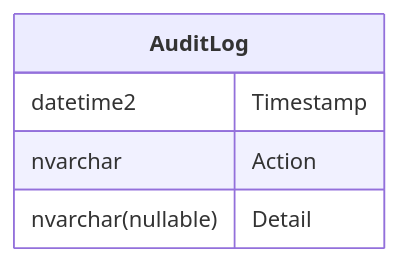
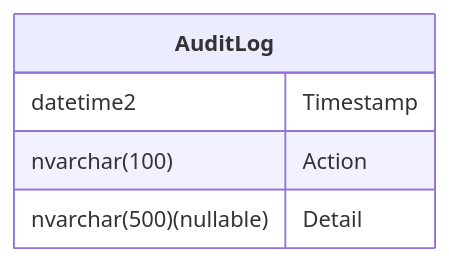
Before and after one commit to SimonCropp/DbToMermaid: the diagram in src/SqlServerToMermaid.Tests/Tests.RenderMarkdownFromScriptWithNoPrimaryKey.verified.md, drawn with Mermaid. The commit also changed 26 other files, not shown here.

````diff
--- a/src/SqlServerToMermaid.Tests/Tests.RenderMarkdownFromScriptWithNoPrimaryKey.verified.md
+++ b/src/SqlServerToMermaid.Tests/Tests.RenderMarkdownFromScriptWithNoPrimaryKey.verified.md
@@ -1,8 +1,8 @@
 ```mermaid
 erDiagram
   AuditLog["**AuditLog**"] {
     datetime2 Timestamp
-    nvarchar Action
-    nvarchar(nullable) Detail
+    nvarchar(100) Action
+    nvarchar(500)(nullable) Detail
   }
 ```
````
